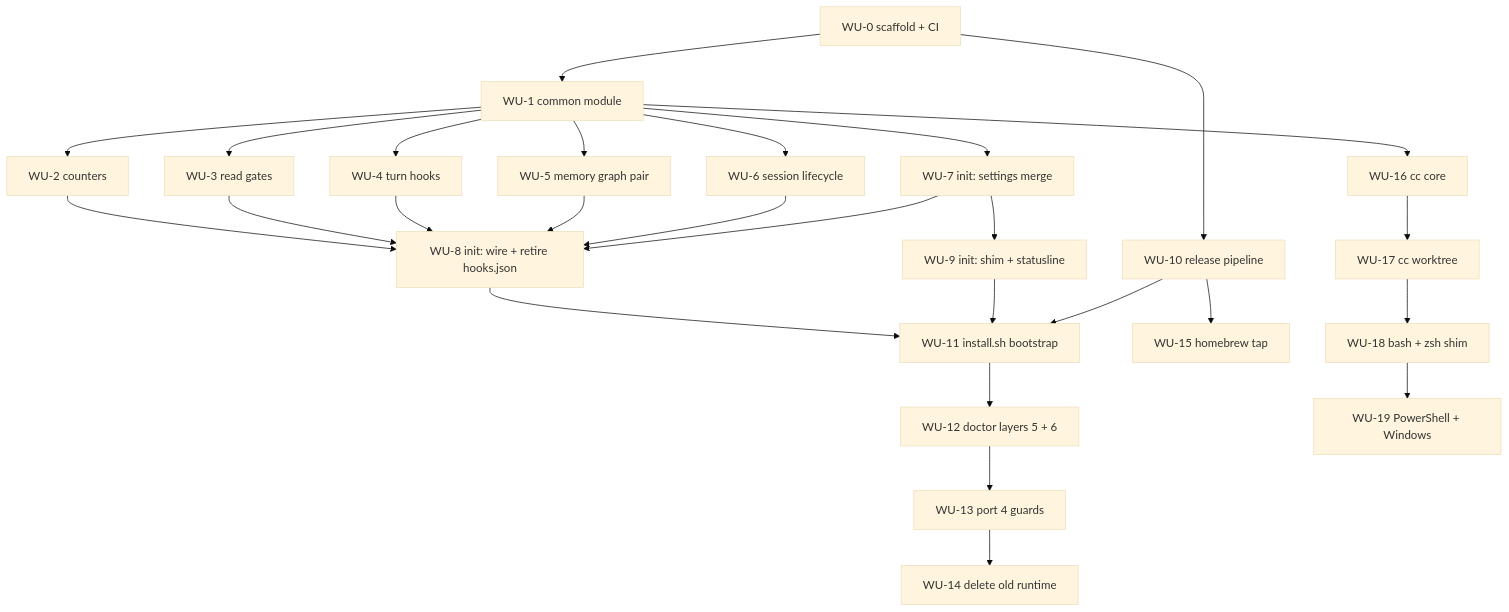
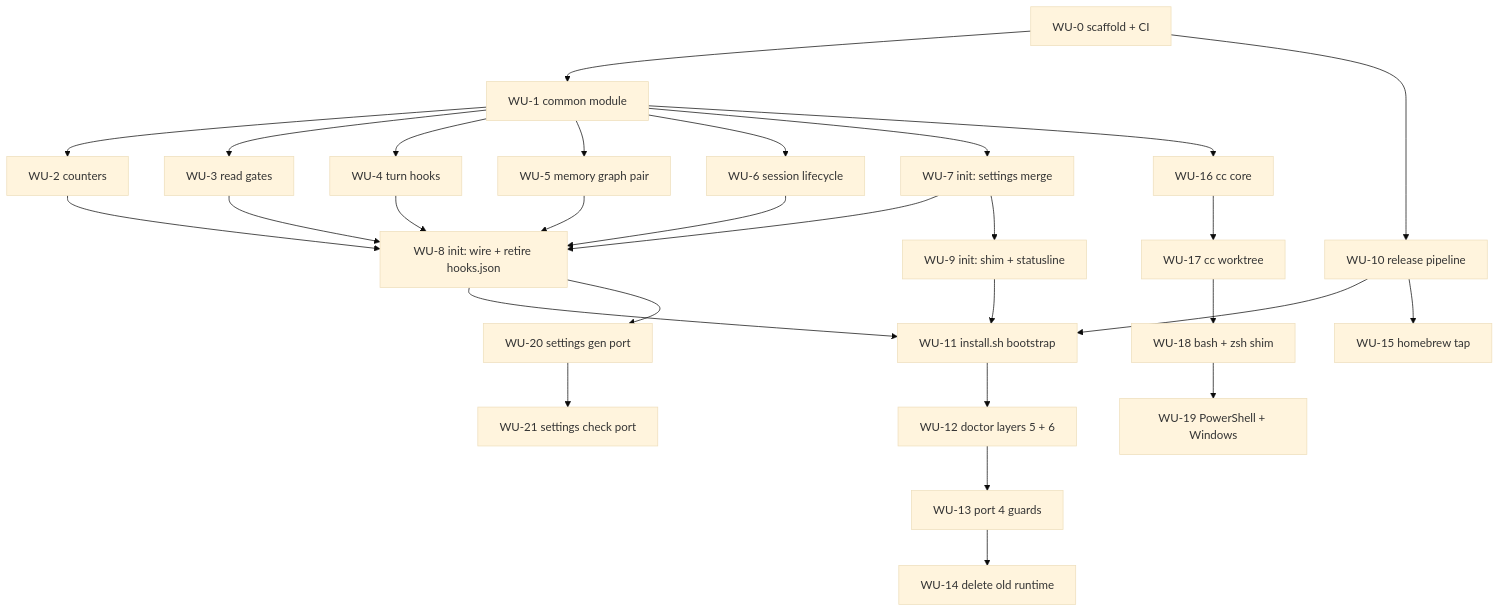
One commit to pragmatic-engineer/playbook changed the diagram in docs/adr/0007-rust-binary-for-hooks-and-launcher-blueprint.md. Above: the diagram before and after it, drawn with Mermaid (base theme). The commit also changed other lines of this file and 2 other files, not shown here.

````diff
--- a/docs/adr/0007-rust-binary-for-hooks-and-launcher-blueprint.md
+++ b/docs/adr/0007-rust-binary-for-hooks-and-launcher-blueprint.md
@@ -372,34 +408,36 @@
 ```mermaid
 graph TD
   WU0[WU-0 scaffold + CI] --> WU1[WU-1 common module]
   WU0 --> WU10[WU-10 release pipeline]
 
   WU1 --> WU2[WU-2 counters]
   WU1 --> WU3[WU-3 read gates]
   WU1 --> WU4[WU-4 turn hooks]
   WU1 --> WU5[WU-5 memory graph pair]
   WU1 --> WU6[WU-6 session lifecycle]
   WU1 --> WU7[WU-7 init: settings merge]
   WU1 --> WU16[WU-16 cc core]
 
   WU2 --> WU8[WU-8 init: wire + retire hooks.json]
   WU3 --> WU8
   WU4 --> WU8
   WU5 --> WU8
   WU6 --> WU8
   WU7 --> WU8
   WU7 --> WU9[WU-9 init: shim + statusline]
 
   WU8 --> WU11[WU-11 install.sh bootstrap]
   WU9 --> WU11
   WU10 --> WU11
   WU10 --> WU15[WU-15 homebrew tap]
 
   WU11 --> WU12[WU-12 doctor layers 5 + 6]
   WU12 --> WU13[WU-13 port 4 guards]
   WU13 --> WU14[WU-14 delete old runtime]
 
   WU16 --> WU17[WU-17 cc worktree]
   WU17 --> WU18[WU-18 bash + zsh shim]
   WU18 --> WU19[WU-19 PowerShell + Windows]
+  WU8 --> WU20[WU-20 settings gen port]
+  WU20 --> WU21[WU-21 settings check port]
 ```
````
